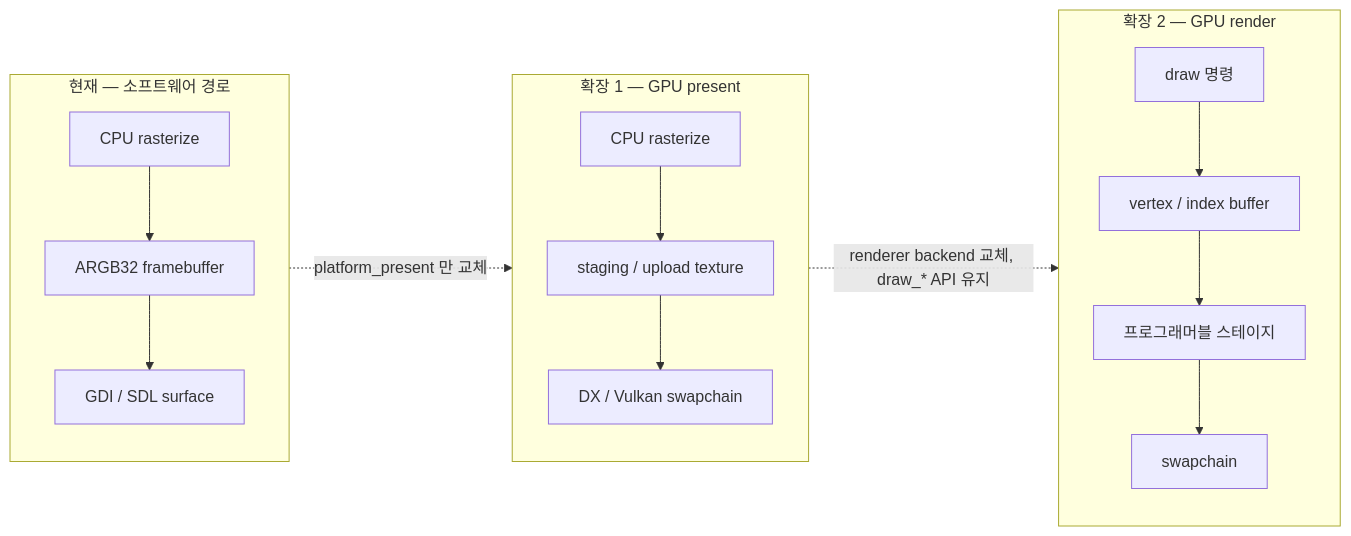
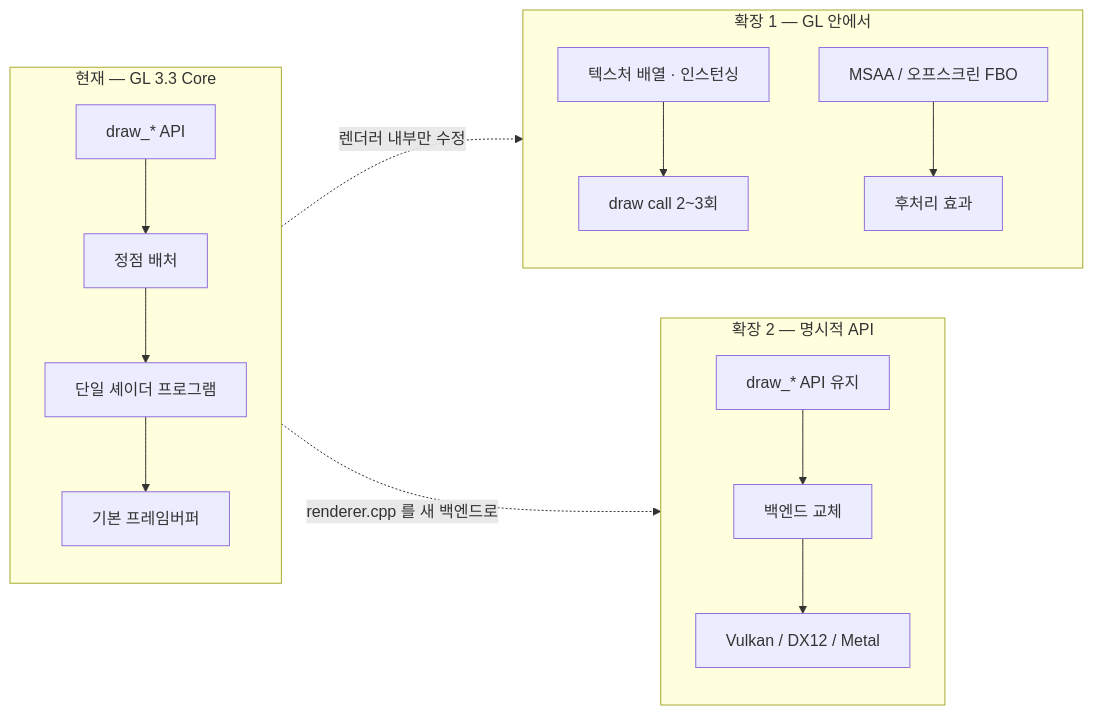
One commit to Rein-ArXiv/Tetris-Multiplayer-RL changed the seventh of 7 diagrams in docs/blog/part3-rendering-and-ui.md. Above: the diagram before and after it, drawn with Mermaid. The commit also changed other lines of this file and 13 other files, not shown here.

````diff
--- a/docs/blog/part3-rendering-and-ui.md
+++ b/docs/blog/part3-rendering-and-ui.md
@@ -1707,14 +2577,15 @@
 ```mermaid
 graph LR
-    subgraph NOW["현재 — 소프트웨어 경로"]
-        A1["CPU rasterize"] --> A2["ARGB32 framebuffer"] --> A3["GDI / SDL surface"]
+    subgraph NOW["현재 — GL 3.3 Core"]
+        A1["draw_* API"] --> A2["정점 배처"] --> A3["단일 셰이더 프로그램"] --> A4["기본 프레임버퍼"]
     end
-    subgraph P1["확장 1 — GPU present"]
-        B1["CPU rasterize"] --> B2["staging / upload texture"] --> B3["DX / Vulkan swapchain"]
+    subgraph P1["확장 1 — GL 안에서"]
+        B1["텍스처 배열 · 인스턴싱"] --> B2["draw call 2~3회"]
+        B3["MSAA / 오프스크린 FBO"] --> B4["후처리 효과"]
     end
-    subgraph P2["확장 2 — GPU render"]
-        C1["draw 명령"] --> C2["vertex / index buffer"] --> C3["프로그래머블 스테이지"] --> C4["swapchain"]
+    subgraph P2["확장 2 — 명시적 API"]
+        C1["draw_* API 유지"] --> C2["백엔드 교체"] --> C3["Vulkan / DX12 / Metal"]
     end
-    NOW -.->|"platform_present 만 교체"| P1
-    P1 -.->|"renderer backend 교체, draw_* API 유지"| P2
+    NOW -.->|"렌더러 내부만 수정"| P1
+    NOW -.->|"renderer.cpp 를 새 백엔드로"| P2
 ```
````
